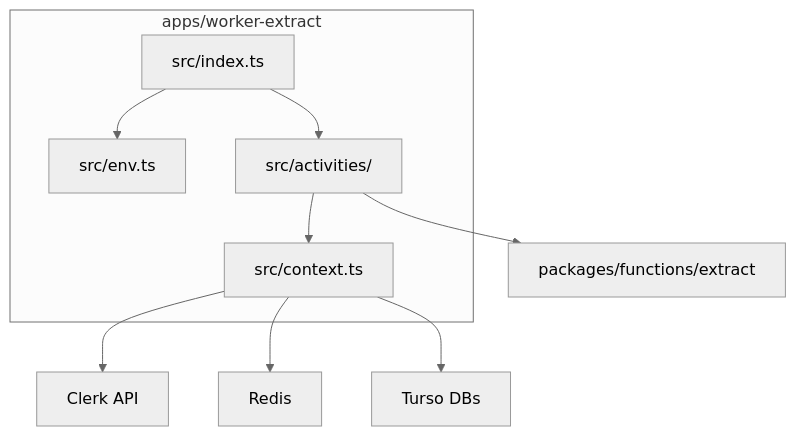
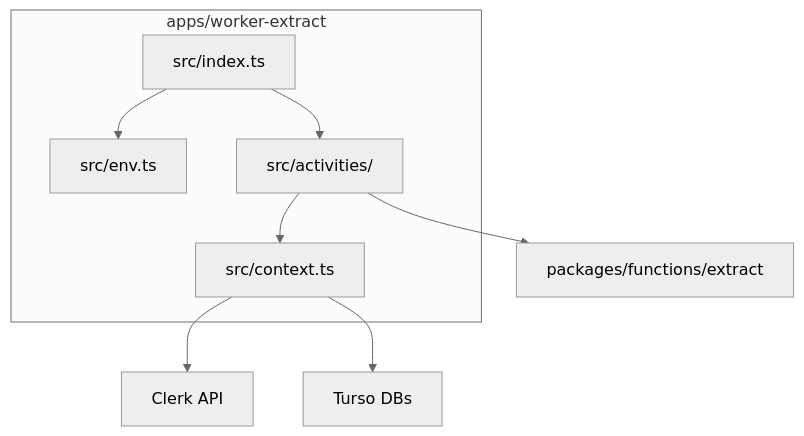
Before and after one commit to dxta-dev/pipeline: the diagram in lode/temporal/extract-worker.md, drawn with Mermaid (neutral theme). The commit also changed other lines of this file and 8 other files, not shown here.

````diff
--- a/lode/temporal/extract-worker.md
+++ b/lode/temporal/extract-worker.md
@@ -117,17 +114,16 @@
 ```mermaid
 flowchart TD
   subgraph worker[apps/worker-extract]
     entry[src/index.ts]
     env[src/env.ts]
     ctx[src/context.ts]
     acts[src/activities/]
   end
 
   entry --> env
   entry --> acts
   acts --> ctx
   ctx --> clerk[Clerk API]
-  ctx --> redis[Redis]
   ctx --> turso[Turso DBs]
   acts --> extractFns[packages/functions/extract]
 ```
````
